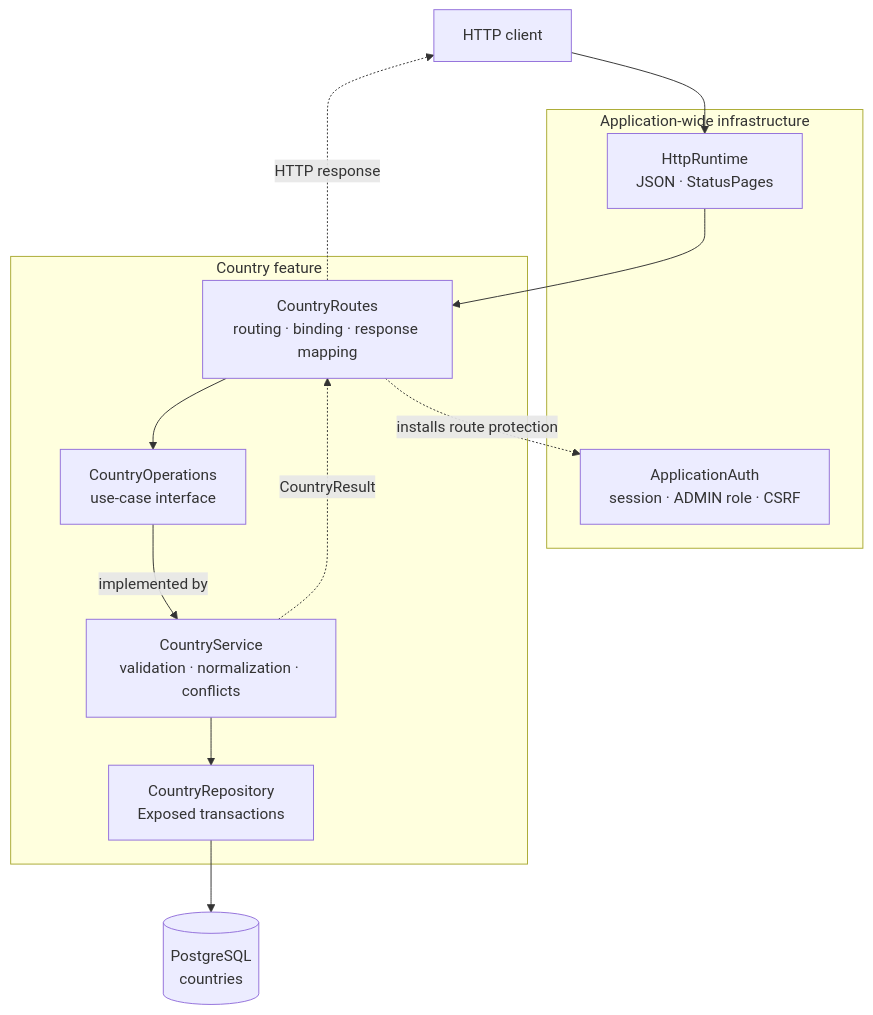
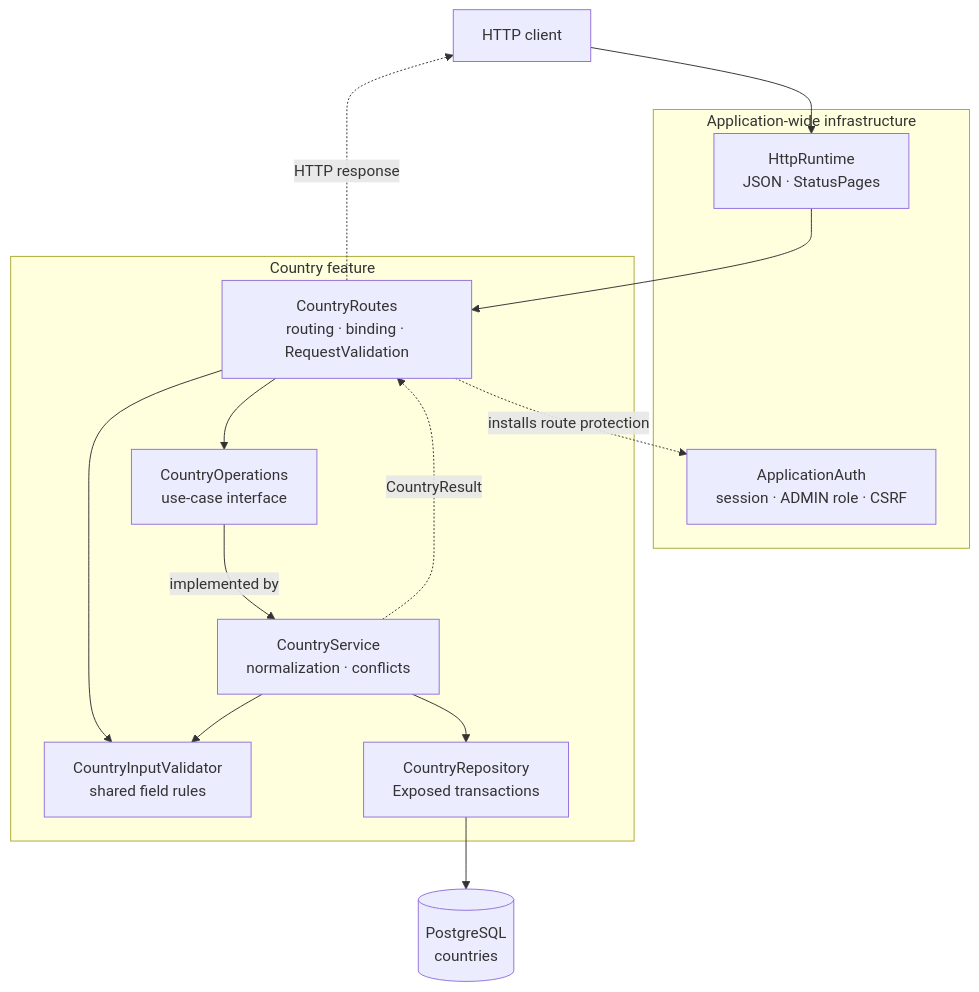
The diagram in docs/dev/backend/country-package.md (bitstorm-tech/voenix-shop-kotlin), drawn with Mermaid before and after one commit. The commit also changed other lines of this file and 11 other files, not shown here.

Commit message:
Improve country validation

````diff
--- a/docs/dev/backend/country-package.md
+++ b/docs/dev/backend/country-package.md
@@ -30,28 +30,31 @@
 ```mermaid
 flowchart TB
     Client["HTTP client"]
 
     subgraph Shared["Application-wide infrastructure"]
         Http["HttpRuntime<br/>JSON · StatusPages"]
         Auth["ApplicationAuth<br/>session · ADMIN role · CSRF"]
     end
 
     subgraph Country["Country feature"]
-        Routes["CountryRoutes<br/>routing · binding · response mapping"]
+        Routes["CountryRoutes<br/>routing · binding · RequestValidation"]
+        Validator["CountryInputValidator<br/>shared field rules"]
         Operations["CountryOperations<br/>use-case interface"]
-        Service["CountryService<br/>validation · normalization · conflicts"]
+        Service["CountryService<br/>normalization · conflicts"]
         Repository["CountryRepository<br/>Exposed transactions"]
     end
 
     Database[("PostgreSQL<br/>countries")]
 
     Client --> Http
     Http --> Routes
     Routes -.->|"installs route protection"| Auth
+    Routes --> Validator
     Routes --> Operations
     Operations -->|"implemented by"| Service
+    Service --> Validator
     Service --> Repository
     Repository --> Database
     Service -.->|"CountryResult"| Routes
     Routes -.->|"HTTP response"| Client
 ```
````
